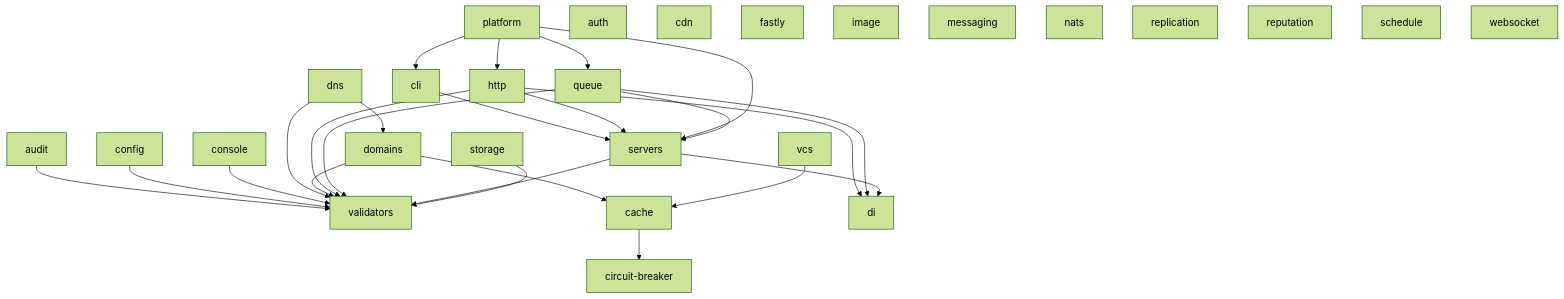
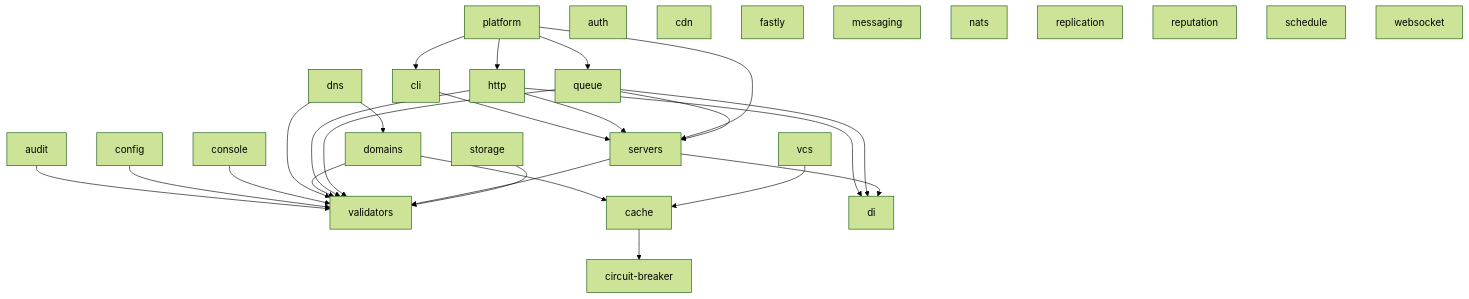
The diagram in README.md (Neekoras/monorepo), drawn with Mermaid (forest theme) before and after one commit. The commit also changed other lines of this file and 39 other files, not shown here.

````diff
--- a/README.md
+++ b/README.md
@@ -52,36 +52,35 @@
 ```mermaid
 graph TD
     audit --> validators
     cache --> circuit-breaker
     cli --> servers
     config --> validators
     console --> validators
     dns --> validators
     dns --> domains
     domains --> validators
     domains --> cache
     http --> di
     http --> servers
     http --> validators
     platform --> cli
     platform --> http
     platform --> queue
     platform --> servers
     queue --> di
     queue --> servers
     queue --> validators
     servers --> di
     servers --> validators
     storage --> validators
     vcs --> cache
     auth
     cdn
     fastly
-    image
     messaging
     nats
     replication
     reputation
     schedule
     websocket
 ```
````
